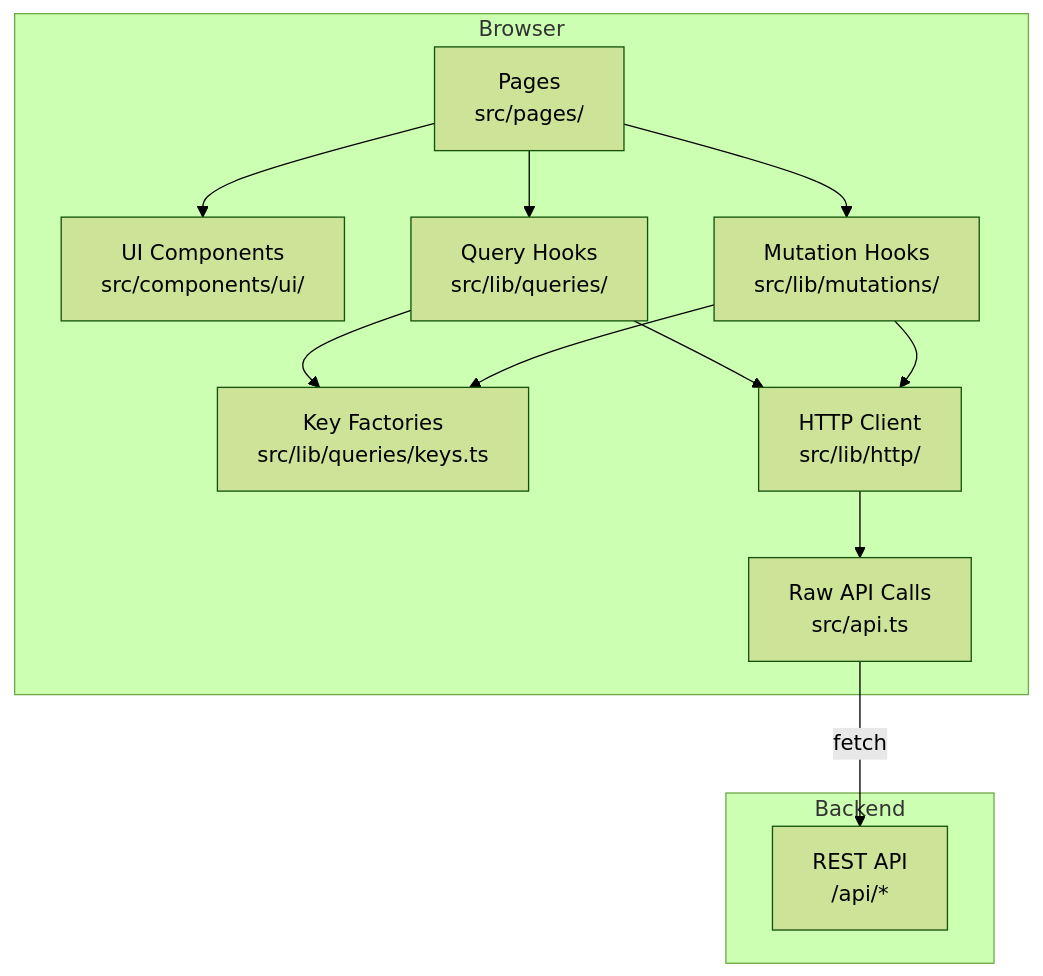
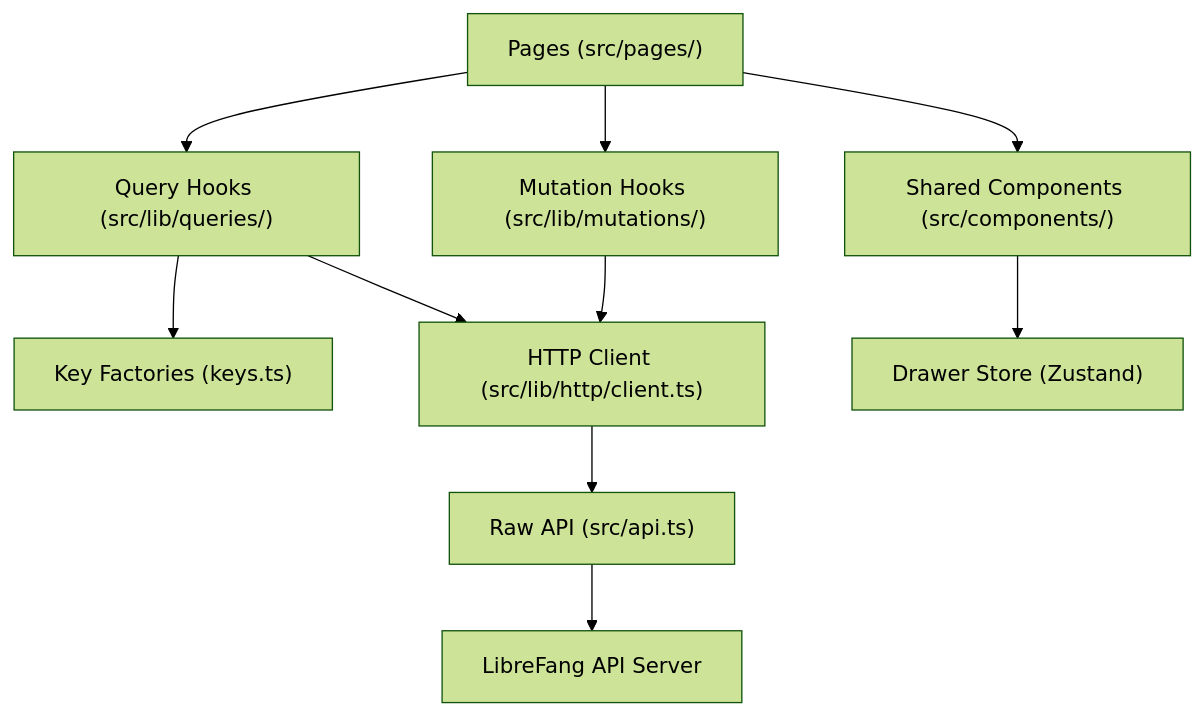
Before and after one commit to leszek3737/librefang-WIki: the diagram in other-librefang-api-dashboard.md, drawn with Mermaid (forest theme). The commit also changed other lines of this file and 110 other files, not shown here.

````diff
--- a/other-librefang-api-dashboard.md
+++ b/other-librefang-api-dashboard.md
@@ -13,26 +16,12 @@
 ```mermaid
 graph TD
-    subgraph "Browser"
-        P["Pages<br/>src/pages/"]
-        C["UI Components<br/>src/components/ui/"]
-        Q["Query Hooks<br/>src/lib/queries/"]
-        M["Mutation Hooks<br/>src/lib/mutations/"]
-        K["Key Factories<br/>src/lib/queries/keys.ts"]
-        HTTP["HTTP Client<br/>src/lib/http/"]
-        API["Raw API Calls<br/>src/api.ts"]
-    end
-
-    subgraph "Backend"
-        REST["REST API<br/>/api/*"]
-    end
-
-    P --> C
-    P --> Q
-    P --> M
-    Q --> K
-    Q --> HTTP
-    M --> HTTP
-    M --> K
-    HTTP --> API
-    API -->|fetch| REST
+    Pages["Pages (src/pages/)"] --> QueryHooks["Query Hooks (src/lib/queries/)"]
+    Pages --> MutationHooks["Mutation Hooks (src/lib/mutations/)"]
+    QueryHooks --> KeyFactories["Key Factories (keys.ts)"]
+    QueryHooks --> HttpClient["HTTP Client (src/lib/http/client.ts)"]
+    MutationHooks --> HttpClient
+    HttpClient --> ApiLayer["Raw API (src/api.ts)"]
+    ApiLayer --> Backend["LibreFang API Server"]
+    Pages --> Components["Shared Components (src/components/)"]
+    Components --> DrawerStore["Drawer Store (Zustand)"]
 ```
````
